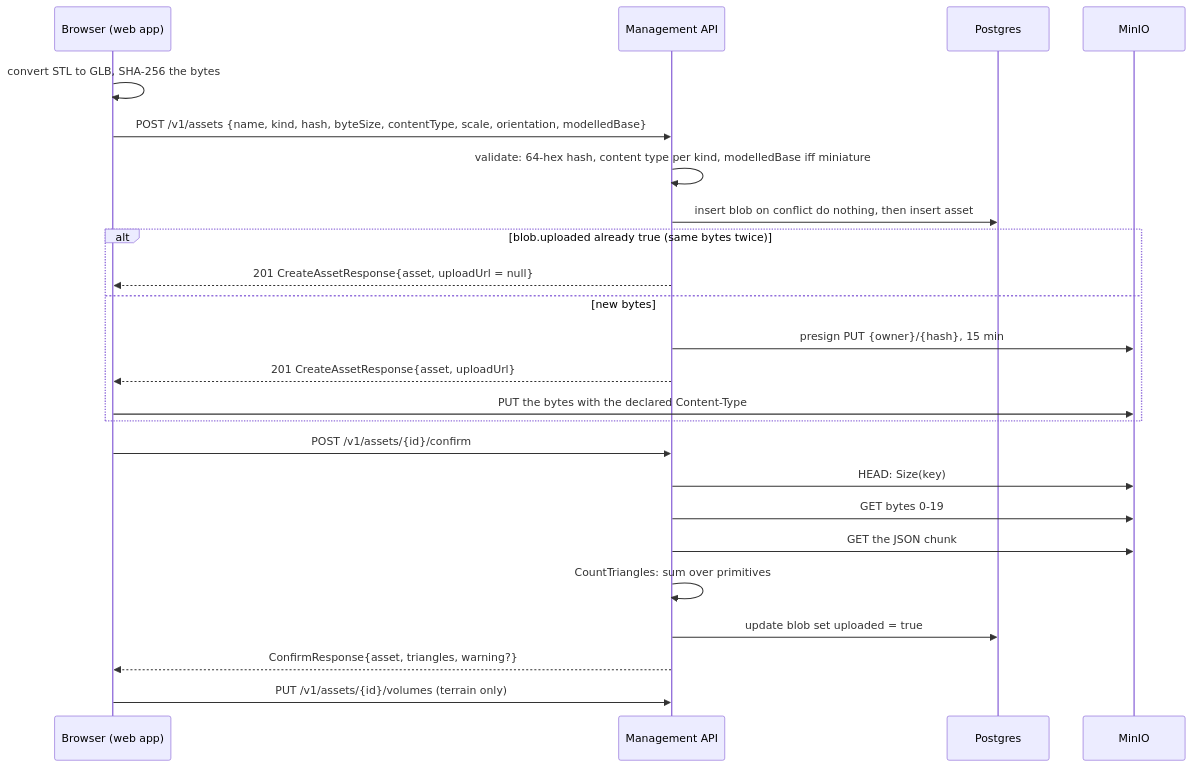
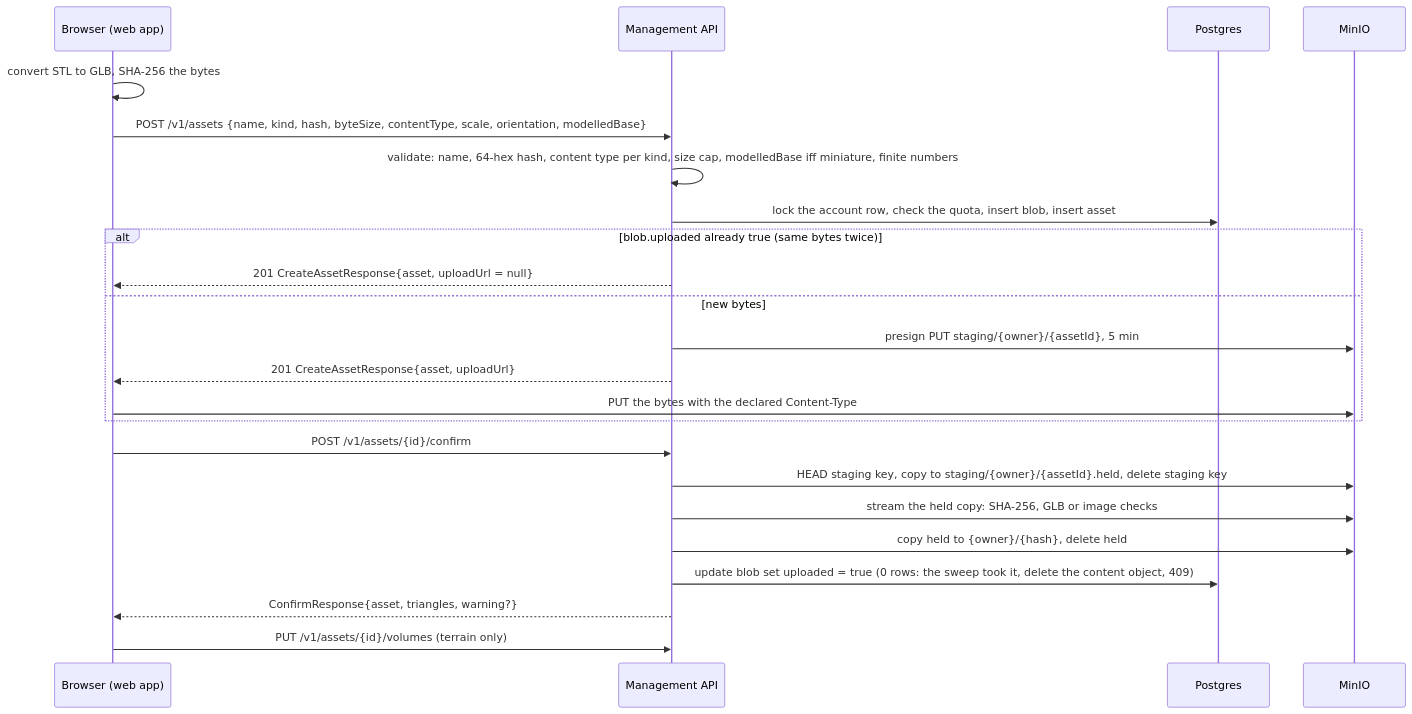
The fourth of 12 diagrams in docs/design/management-api/design.md (cstupi/tabletop), drawn with Mermaid before and after one commit. The commit also changed other lines of this file and 2 other files, not shown here.

Commit message:
Docs: staged uploads, content checks, quotas, sweep, blob.created_at

````diff
--- a/docs/design/management-api/design.md
+++ b/docs/design/management-api/design.md
@@ -506,27 +508,26 @@
 ```mermaid
 sequenceDiagram
     participant B as Browser (web app)
     participant M as Management API
     participant DB as Postgres
     participant S3 as MinIO
 
     B->>B: convert STL to GLB, SHA-256 the bytes
     B->>M: POST /v1/assets {name, kind, hash, byteSize, contentType, scale, orientation, modelledBase}
-    M->>M: validate: 64-hex hash, content type per kind, modelledBase iff miniature
-    M->>DB: insert blob on conflict do nothing, then insert asset
+    M->>M: validate: name, 64-hex hash, content type per kind, size cap, modelledBase iff miniature, finite numbers
+    M->>DB: lock the account row, check the quota, insert blob, insert asset
     alt blob.uploaded already true (same bytes twice)
         M-->>B: 201 CreateAssetResponse{asset, uploadUrl = null}
     else new bytes
-        M->>S3: presign PUT {owner}/{hash}, 15 min
+        M->>S3: presign PUT staging/{owner}/{assetId}, 5 min
         M-->>B: 201 CreateAssetResponse{asset, uploadUrl}
         B->>S3: PUT the bytes with the declared Content-Type
     end
     B->>M: POST /v1/assets/{id}/confirm
-    M->>S3: HEAD: Size(key)
-    M->>S3: GET bytes 0-19
-    M->>S3: GET the JSON chunk
-    M->>M: CountTriangles: sum over primitives
-    M->>DB: update blob set uploaded = true
+    M->>S3: HEAD staging key, copy to staging/{owner}/{assetId}.held, delete staging key
+    M->>S3: stream the held copy: SHA-256, GLB or image checks
+    M->>S3: copy held to {owner}/{hash}, delete held
+    M->>DB: update blob set uploaded = true (0 rows: the sweep took it, delete the content object, 409)
     M-->>B: ConfirmResponse{asset, triangles, warning?}
     B->>M: PUT /v1/assets/{id}/volumes (terrain only)
 ```
````
